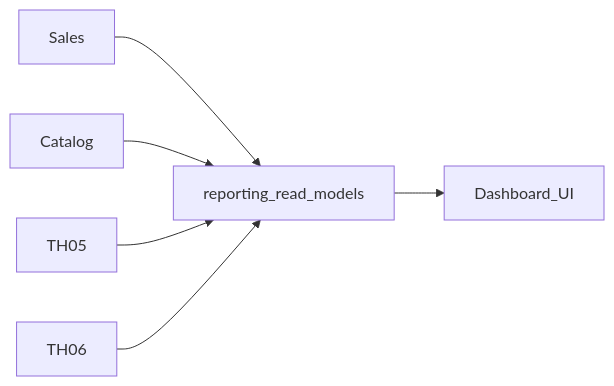
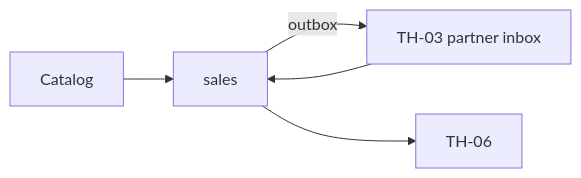
Before and after one commit to DsChien102/erp-sales-inventory: the diagram in docs/themes/TH-04-sales-orders/02-module-map.md, drawn with Mermaid. The commit also changed other lines of this file and 34 other files, not shown here.

````diff
--- a/docs/themes/TH-04-sales-orders/02-module-map.md
+++ b/docs/themes/TH-04-sales-orders/02-module-map.md
@@ -8,8 +11,7 @@
 ```mermaid
 flowchart LR
-  Sales --> R[reporting_read_models]
-  Catalog --> R
-  TH05 --> R
-  TH06 --> R
-  R --> UI[Dashboard_UI]
+  Sales[sales] -->|outbox| Partner[TH-03 partner inbox]
+  Sales --> Inventory[TH-06]
+  Catalog --> Sales
+  Partner --> Sales
 ```
````
